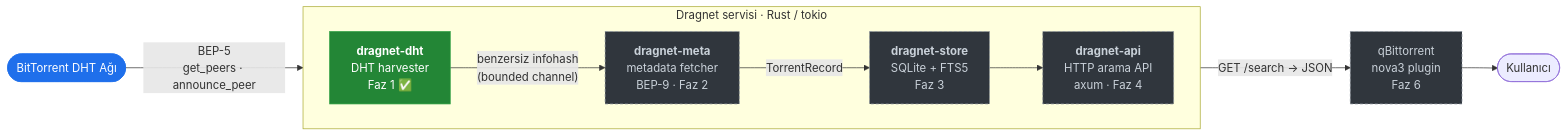
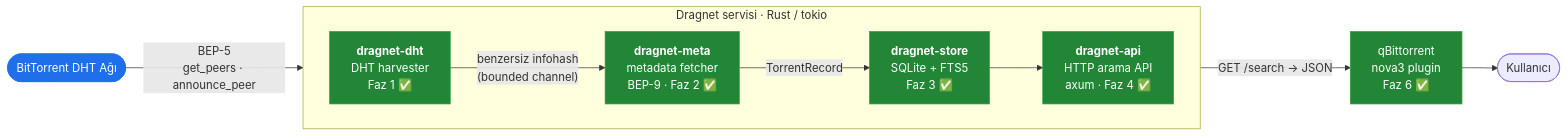
One commit to LordOfTheMachines/dragnet changed the first of 3 diagrams in README.md. Above: the diagram before and after it, drawn with Mermaid. The commit also changed other lines of this file, not shown here.

First line of the commit message:
docs: README durum güncellemesi — Faz 1–6 tamamlandı

````diff
--- a/README.md
+++ b/README.md
@@ -50,23 +50,23 @@
 ```mermaid
 flowchart LR
     NET([BitTorrent DHT Ağı]):::net
     NET -->|"BEP-5<br/>get_peers · announce_peer"| DHT
 
     subgraph DRAGNET["Dragnet servisi · Rust / tokio"]
         direction LR
         DHT["<b>dragnet-dht</b><br/>DHT harvester<br/>Faz 1 ✅"]:::done
-        META["<b>dragnet-meta</b><br/>metadata fetcher<br/>BEP-9 · Faz 2"]:::todo
-        STORE["<b>dragnet-store</b><br/>SQLite + FTS5<br/>Faz 3"]:::todo
-        API["<b>dragnet-api</b><br/>HTTP arama API<br/>axum · Faz 4"]:::todo
+        META["<b>dragnet-meta</b><br/>metadata fetcher<br/>BEP-9 · Faz 2 ✅"]:::done
+        STORE["<b>dragnet-store</b><br/>SQLite + FTS5<br/>Faz 3 ✅"]:::done
+        API["<b>dragnet-api</b><br/>HTTP arama API<br/>axum · Faz 4 ✅"]:::done
         DHT -->|"benzersiz infohash<br/>(bounded channel)"| META
         META -->|"TorrentRecord"| STORE
         STORE --> API
     end
 
-    API -->|"GET /search → JSON"| PLUG["qBittorrent<br/>nova3 plugin<br/>Faz 6"]:::todo
+    API -->|"GET /search → JSON"| PLUG["qBittorrent<br/>nova3 plugin<br/>Faz 6 ✅"]:::done
     PLUG --> USER([Kullanıcı])
 
     classDef net fill:#1f6feb,stroke:#1f6feb,color:#fff;
     classDef done fill:#238636,stroke:#2ea043,color:#fff;
     classDef todo fill:#30363d,stroke:#8b949e,color:#c9d1d9,stroke-dasharray:4 3;
 ```
````
